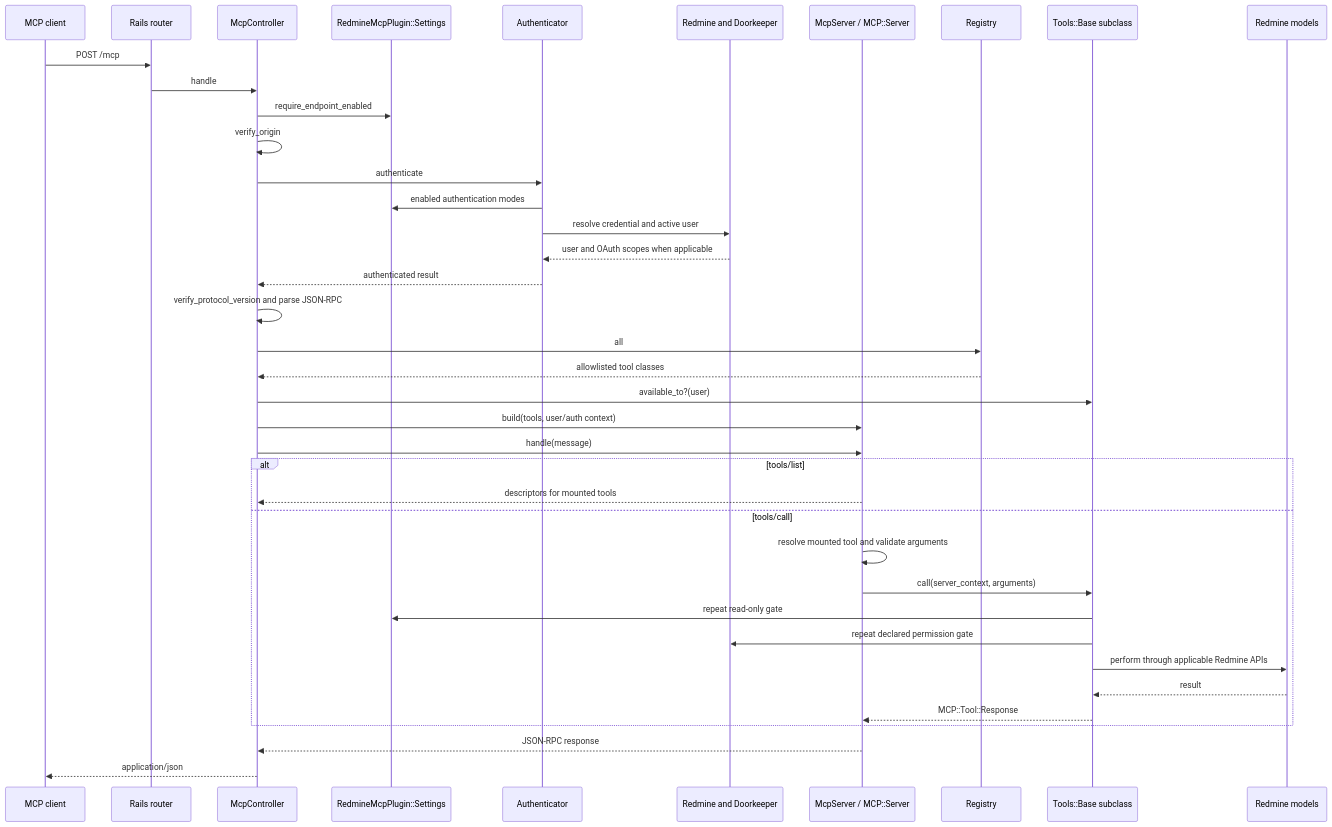
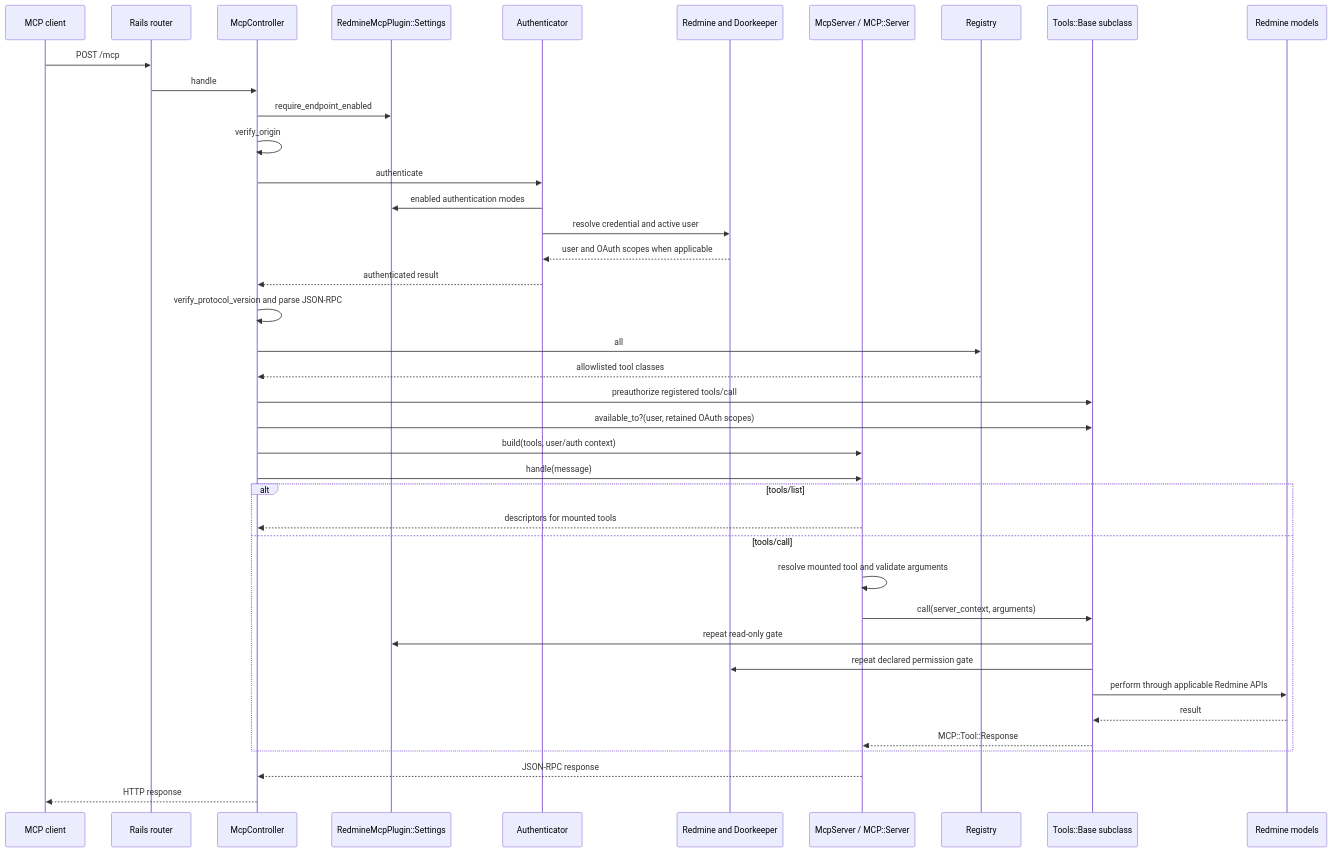
The second of 2 diagrams in ARCHITECTURE.md (arthuursantos/redmine_mcp_plugin), drawn with Mermaid before and after one commit. The commit also changed other lines of this file and 12 other files, not shown here.

Commit message:
feat(oauth): minimize scopes with step-up challenges

````diff
--- a/ARCHITECTURE.md
+++ b/ARCHITECTURE.md
@@ -73,44 +73,45 @@
 ```mermaid
 sequenceDiagram
   participant C as MCP client
   participant R as Rails router
   participant MC as McpController
   participant S as RedmineMcpPlugin::Settings
   participant A as Authenticator
   participant H as Redmine and Doorkeeper
   participant SDK as McpServer / MCP::Server
   participant G as Registry
   participant T as Tools::Base subclass
   participant M as Redmine models
 
   C->>R: POST /mcp
   R->>MC: handle
   MC->>S: require_endpoint_enabled
   MC->>MC: verify_origin
   MC->>A: authenticate
   A->>S: enabled authentication modes
   A->>H: resolve credential and active user
   H-->>A: user and OAuth scopes when applicable
   A-->>MC: authenticated result
   MC->>MC: verify_protocol_version and parse JSON-RPC
   MC->>G: all
   G-->>MC: allowlisted tool classes
-  MC->>T: available_to?(user)
+  MC->>T: preauthorize registered tools/call
+  MC->>T: available_to?(user, retained OAuth scopes)
   MC->>SDK: build(tools, user/auth context)
   MC->>SDK: handle(message)
 
   alt tools/list
     SDK-->>MC: descriptors for mounted tools
   else tools/call
     SDK->>SDK: resolve mounted tool and validate arguments
     SDK->>T: call(server_context, arguments)
     T->>S: repeat read-only gate
     T->>H: repeat declared permission gate
     T->>M: perform through applicable Redmine APIs
     M-->>T: result
     T-->>SDK: MCP::Tool::Response
   end
 
   SDK-->>MC: JSON-RPC response
-  MC-->>C: application/json
+  MC-->>C: HTTP response
 ```
````
